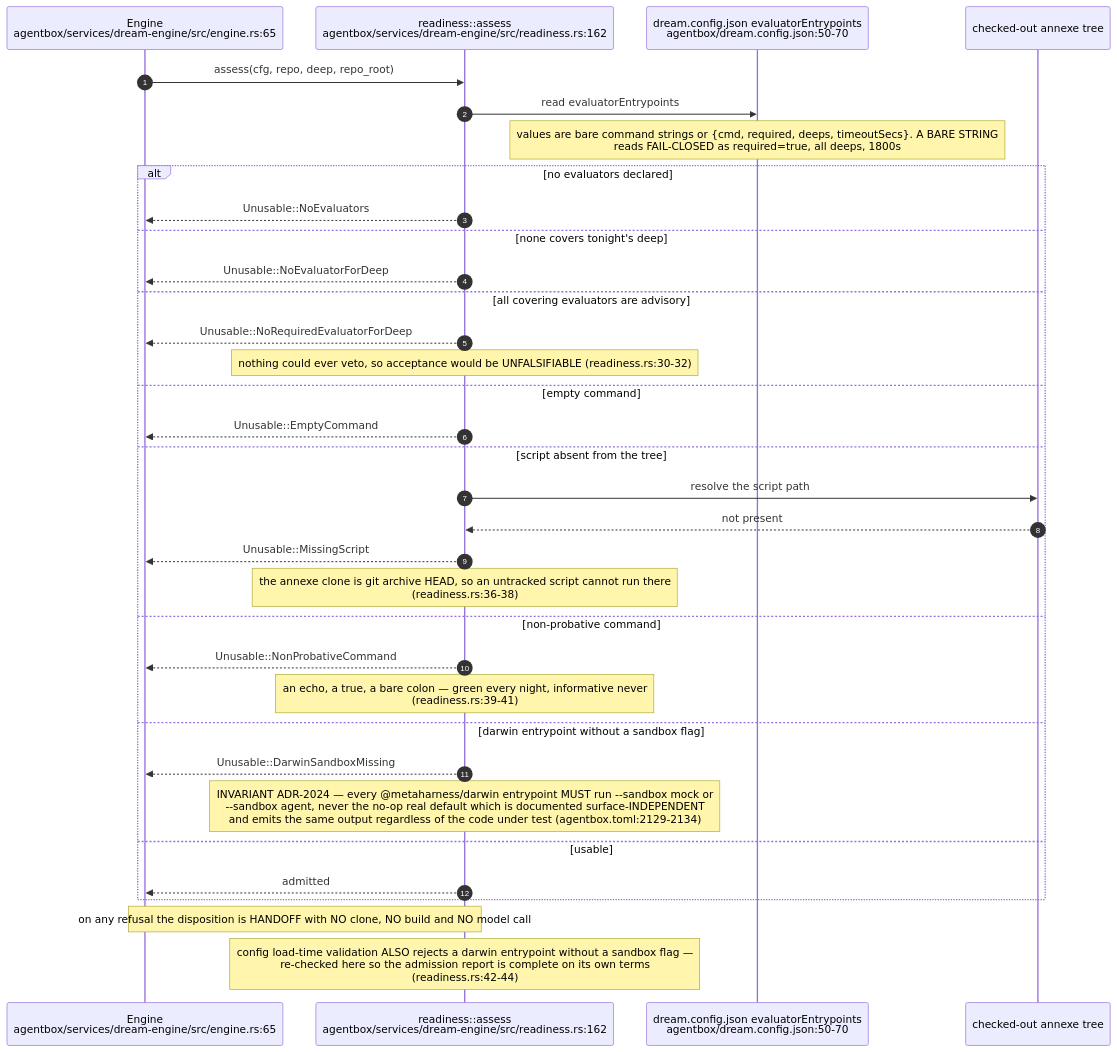
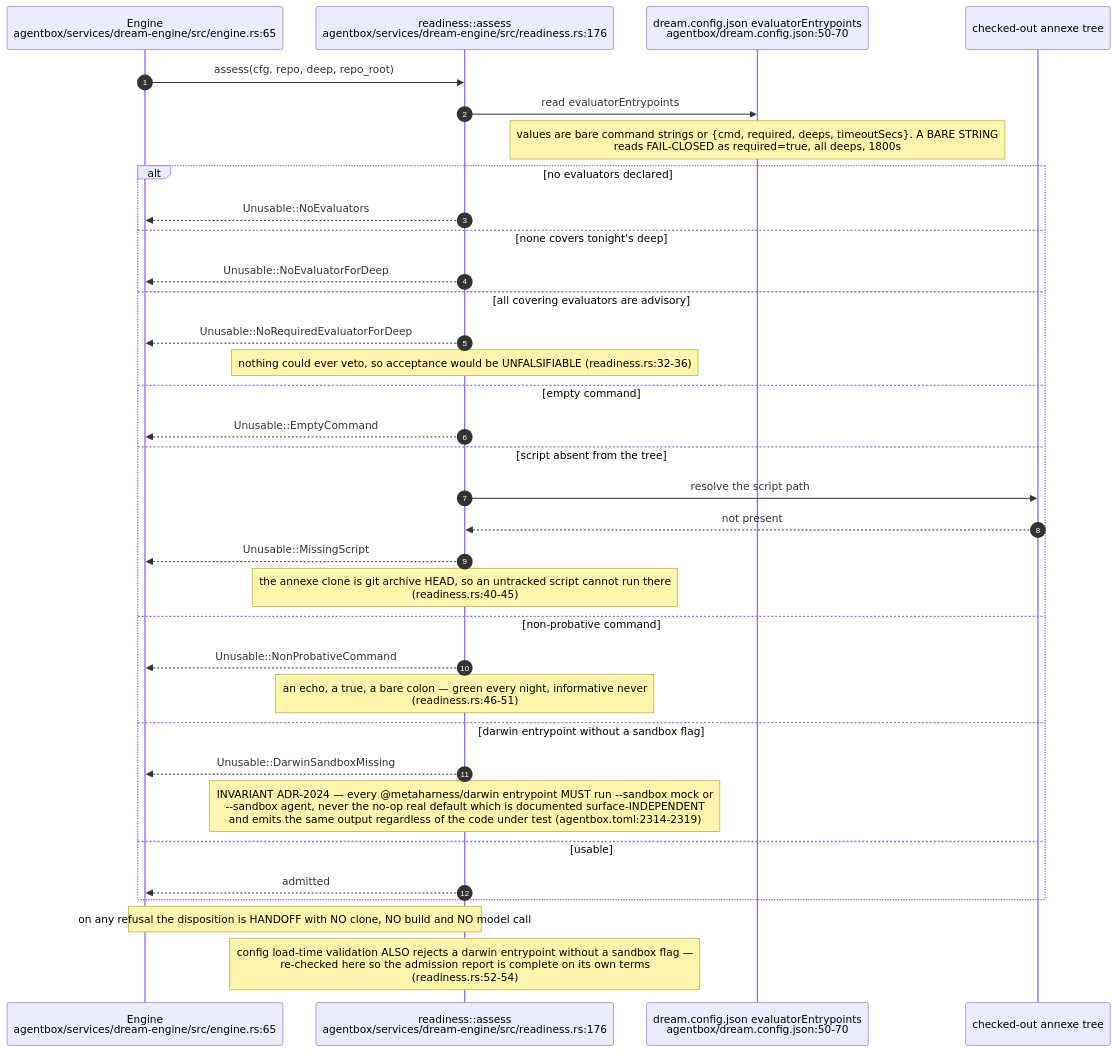
One commit to DreamLab-AI/VisionFlow changed the third of 20 diagrams in docs/diagrams/agentbox/23-dream-engine.md. Above: the diagram before and after it, drawn with Mermaid. The commit also changed other lines of this file and 111 other files, not shown here.

Commit message:
docs(diagrams): align estate maps with current source

````diff
--- a/docs/diagrams/agentbox/23-dream-engine.md
+++ b/docs/diagrams/agentbox/23-dream-engine.md
@@ -192,37 +192,37 @@
 ```mermaid
 sequenceDiagram
     autonumber
     participant ENG as Engine<br/>agentbox/services/dream-engine/src/engine.rs:65
-    participant RDY as readiness::assess<br/>agentbox/services/dream-engine/src/readiness.rs:162
+    participant RDY as readiness::assess<br/>agentbox/services/dream-engine/src/readiness.rs:176
     participant CFG as dream.config.json evaluatorEntrypoints<br/>agentbox/dream.config.json:50-70
     participant TREE as checked-out annexe tree
 
     ENG->>RDY: assess(cfg, repo, deep, repo_root)
     RDY->>CFG: read evaluatorEntrypoints
     Note over CFG: values are bare command strings or {cmd, required, deeps, timeoutSecs}. A BARE STRING<br/>reads FAIL-CLOSED as required=true, all deeps, 1800s
     alt no evaluators declared
         RDY-->>ENG: Unusable::NoEvaluators
     else none covers tonight's deep
         RDY-->>ENG: Unusable::NoEvaluatorForDeep
     else all covering evaluators are advisory
         RDY-->>ENG: Unusable::NoRequiredEvaluatorForDeep
-        Note over RDY: nothing could ever veto, so acceptance would be UNFALSIFIABLE (readiness.rs:30-32)
+        Note over RDY: nothing could ever veto, so acceptance would be UNFALSIFIABLE (readiness.rs:32-36)
     else empty command
         RDY-->>ENG: Unusable::EmptyCommand
     else script absent from the tree
         RDY->>TREE: resolve the script path
         TREE-->>RDY: not present
         RDY-->>ENG: Unusable::MissingScript
-        Note over RDY: the annexe clone is git archive HEAD, so an untracked script cannot run there<br/>(readiness.rs:36-38)
+        Note over RDY: the annexe clone is git archive HEAD, so an untracked script cannot run there<br/>(readiness.rs:40-45)
     else non-probative command
         RDY-->>ENG: Unusable::NonProbativeCommand
-        Note over RDY: an echo, a true, a bare colon — green every night, informative never<br/>(readiness.rs:39-41)
+        Note over RDY: an echo, a true, a bare colon — green every night, informative never<br/>(readiness.rs:46-51)
     else darwin entrypoint without a sandbox flag
         RDY-->>ENG: Unusable::DarwinSandboxMissing
-        Note over RDY: INVARIANT ADR-2024 — every @metaharness/darwin entrypoint MUST run --sandbox mock or<br/>--sandbox agent, never the no-op real default which is documented surface-INDEPENDENT<br/>and emits the same output regardless of the code under test (agentbox.toml:2129-2134)
+        Note over RDY: INVARIANT ADR-2024 — every @metaharness/darwin entrypoint MUST run --sandbox mock or<br/>--sandbox agent, never the no-op real default which is documented surface-INDEPENDENT<br/>and emits the same output regardless of the code under test (agentbox.toml:2314-2319)
     else usable
         RDY-->>ENG: admitted
     end
     Note over ENG,RDY: on any refusal the disposition is HANDOFF with NO clone, NO build and NO model call
-    Note over RDY: config load-time validation ALSO rejects a darwin entrypoint without a sandbox flag —<br/>re-checked here so the admission report is complete on its own terms<br/>(readiness.rs:42-44)
+    Note over RDY: config load-time validation ALSO rejects a darwin entrypoint without a sandbox flag —<br/>re-checked here so the admission report is complete on its own terms<br/>(readiness.rs:52-54)
 ```
````
